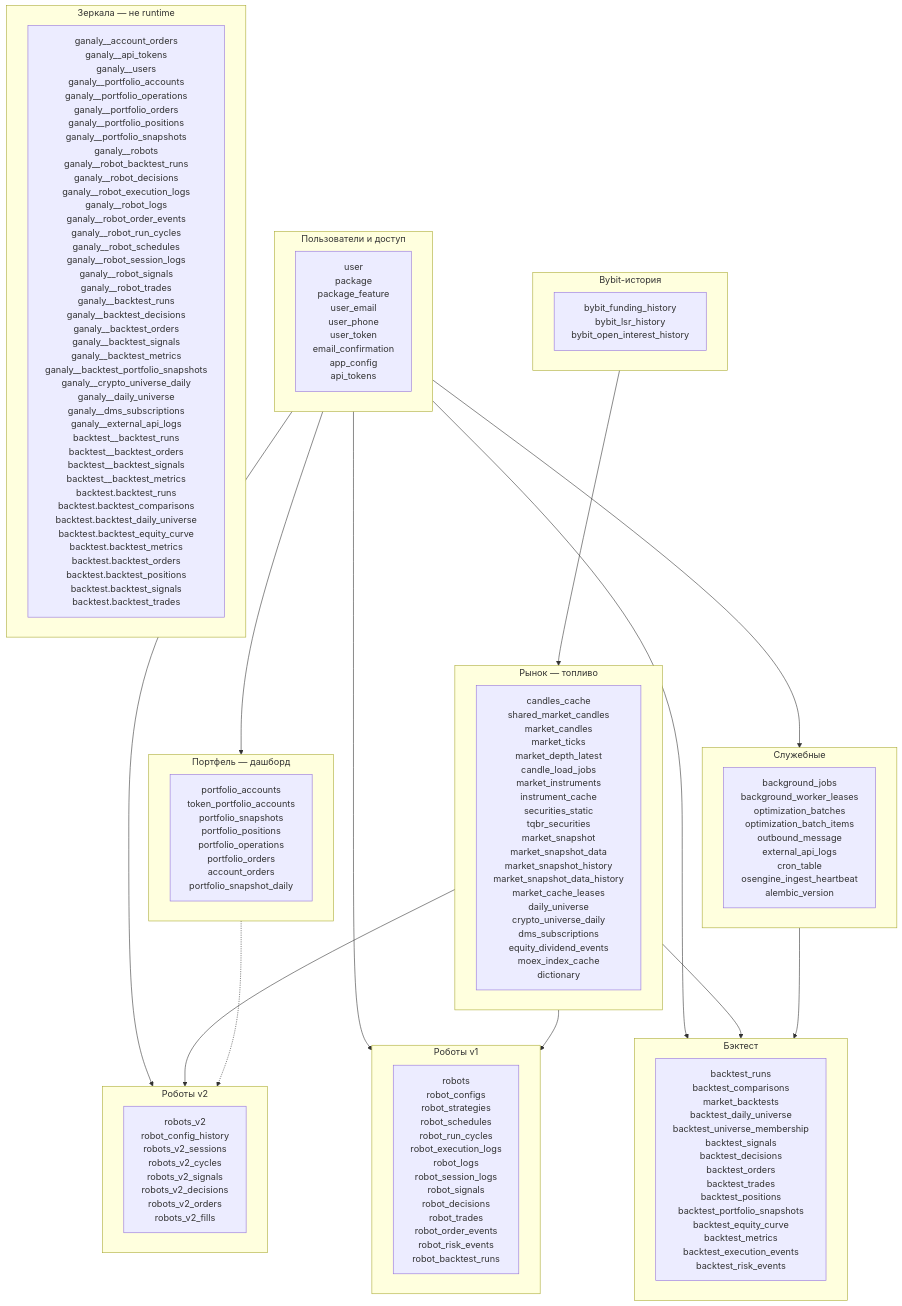
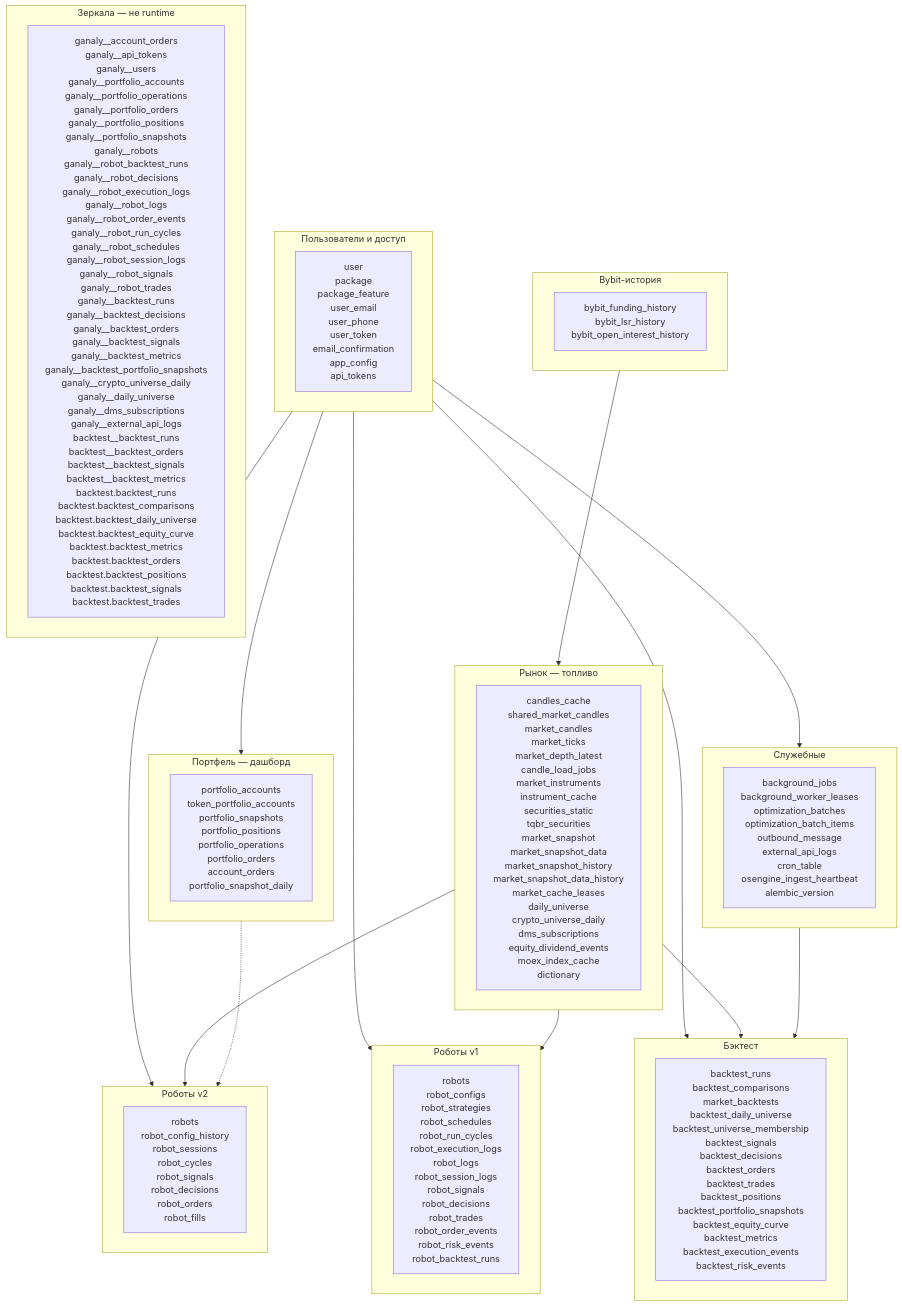
The first of 2 diagrams in docs/db/Текущая база данных.md (GYankovich/gin), drawn with Mermaid before and after one commit. The commit also changed other lines of this file and 665 other files, not shown here.

````diff
--- a/docs/db/Текущая база данных.md
+++ b/docs/db/Текущая база данных.md
@@ -49,50 +49,50 @@
 ```mermaid
 flowchart TB
   subgraph Access["Пользователи и доступ"]
     ACC["user<br/>package<br/>package_feature<br/>user_email<br/>user_phone<br/>user_token<br/>email_confirmation<br/>app_config<br/>api_tokens"]
   end
 
   subgraph Portfolio["Портфель — дашборд"]
     PA["portfolio_accounts<br/>token_portfolio_accounts<br/>portfolio_snapshots<br/>portfolio_positions<br/>portfolio_operations<br/>portfolio_orders<br/>account_orders<br/>portfolio_snapshot_daily"]
   end
 
   subgraph Market["Рынок — топливо"]
     MKT["candles_cache<br/>shared_market_candles<br/>market_candles<br/>market_ticks<br/>market_depth_latest<br/>candle_load_jobs<br/>market_instruments<br/>instrument_cache<br/>securities_static<br/>tqbr_securities<br/>market_snapshot<br/>market_snapshot_data<br/>market_snapshot_history<br/>market_snapshot_data_history<br/>market_cache_leases<br/>daily_universe<br/>crypto_universe_daily<br/>dms_subscriptions<br/>equity_dividend_events<br/>moex_index_cache<br/>dictionary"]
   end
 
   subgraph Bybit["Bybit-история"]
     BYB["bybit_funding_history<br/>bybit_lsr_history<br/>bybit_open_interest_history"]
   end
 
   subgraph RobotsV2["Роботы v2"]
-    R2["robots_v2<br/>robot_config_history<br/>robots_v2_sessions<br/>robots_v2_cycles<br/>robots_v2_signals<br/>robots_v2_decisions<br/>robots_v2_orders<br/>robots_v2_fills"]
+    R2["robots<br/>robot_config_history<br/>robot_sessions<br/>robot_cycles<br/>robot_signals<br/>robot_decisions<br/>robot_orders<br/>robot_fills"]
   end
 
   subgraph RobotsV1["Роботы v1"]
     R1["robots<br/>robot_configs<br/>robot_strategies<br/>robot_schedules<br/>robot_run_cycles<br/>robot_execution_logs<br/>robot_logs<br/>robot_session_logs<br/>robot_signals<br/>robot_decisions<br/>robot_trades<br/>robot_order_events<br/>robot_risk_events<br/>robot_backtest_runs"]
   end
 
   subgraph Backtest["Бэктест"]
     BT["backtest_runs<br/>backtest_comparisons<br/>market_backtests<br/>backtest_daily_universe<br/>backtest_universe_membership<br/>backtest_signals<br/>backtest_decisions<br/>backtest_orders<br/>backtest_trades<br/>backtest_positions<br/>backtest_portfolio_snapshots<br/>backtest_equity_curve<br/>backtest_metrics<br/>backtest_execution_events<br/>backtest_risk_events"]
   end
 
   subgraph Ops["Служебные"]
     OPS["background_jobs<br/>background_worker_leases<br/>optimization_batches<br/>optimization_batch_items<br/>outbound_message<br/>external_api_logs<br/>cron_table<br/>osengine_ingest_heartbeat<br/>alembic_version"]
   end
 
   subgraph Mirrors["Зеркала — не runtime"]
     MIR["ganaly__account_orders<br/>ganaly__api_tokens<br/>ganaly__users<br/>ganaly__portfolio_accounts<br/>ganaly__portfolio_operations<br/>ganaly__portfolio_orders<br/>ganaly__portfolio_positions<br/>ganaly__portfolio_snapshots<br/>ganaly__robots<br/>ganaly__robot_backtest_runs<br/>ganaly__robot_decisions<br/>ganaly__robot_execution_logs<br/>ganaly__robot_logs<br/>ganaly__robot_order_events<br/>ganaly__robot_run_cycles<br/>ganaly__robot_schedules<br/>ganaly__robot_session_logs<br/>ganaly__robot_signals<br/>ganaly__robot_trades<br/>ganaly__backtest_runs<br/>ganaly__backtest_decisions<br/>ganaly__backtest_orders<br/>ganaly__backtest_signals<br/>ganaly__backtest_metrics<br/>ganaly__backtest_portfolio_snapshots<br/>ganaly__crypto_universe_daily<br/>ganaly__daily_universe<br/>ganaly__dms_subscriptions<br/>ganaly__external_api_logs<br/>backtest__backtest_runs<br/>backtest__backtest_orders<br/>backtest__backtest_signals<br/>backtest__backtest_metrics<br/>backtest.backtest_runs<br/>backtest.backtest_comparisons<br/>backtest.backtest_daily_universe<br/>backtest.backtest_equity_curve<br/>backtest.backtest_metrics<br/>backtest.backtest_orders<br/>backtest.backtest_positions<br/>backtest.backtest_signals<br/>backtest.backtest_trades"]
   end
 
   Access --> Portfolio
   Access --> RobotsV2
   Access --> RobotsV1
   Access --> Backtest
   Bybit --> Market
   Market --> RobotsV2
   Market --> RobotsV1
   Market --> Backtest
   Portfolio -.-> RobotsV2
   Ops --> Backtest
   Access --> Ops
 ```
````
